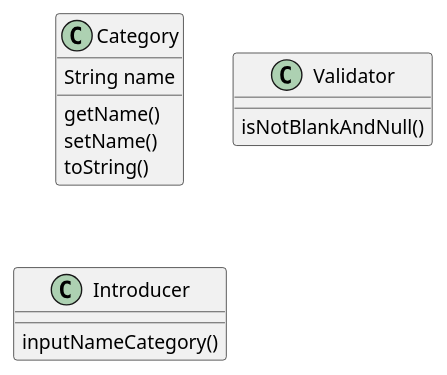
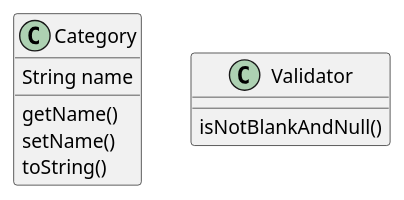
Before and after one commit to MrsWanga/ProgramowanieObiektowe: the diagram in src/Diagram.puml, drawn with PlantUML. The commit also changed 4 other files, not shown here.

```diff
--- a/src/Diagram.puml
+++ b/src/Diagram.puml
@@ -1,20 +1,16 @@
 @startuml
 'https://plantuml.com/class-diagram
 
 class Category {
 String name
 getName()
 setName()
 toString()
 }
 
 class Validator {
 isNotBlankAndNull()
 }
 
-class Introducer {
-inputNameCategory()
-}
-
 
 @enduml
```
